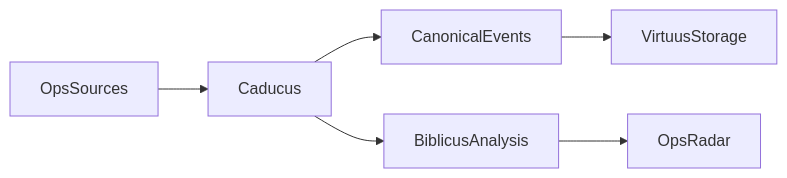
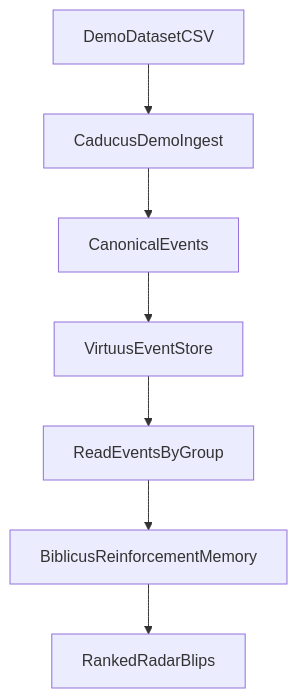
One commit to AnthusAI/Caducus changed the second of 2 diagrams in README.md. Above: the diagram before and after it, drawn with Mermaid. The commit also changed other lines of this file, not shown here.

First line of the commit message:
fix: add conceptual diagram to README

````diff
--- a/README.md
+++ b/README.md
@@ -98,8 +124,9 @@
 ```mermaid
-flowchart LR
-    sources[OpsSources] --> caducus[Caducus]
-    caducus --> events[CanonicalEvents]
-    events --> virtuus[VirtuusStorage]
-    caducus --> biblicus[BiblicusAnalysis]
-    biblicus --> radar[OpsRadar]
+flowchart TD
+    demoFile[DemoDatasetCSV] --> ingest[CaducusDemoIngest]
+    ingest --> normalize[CanonicalEvents]
+    normalize --> store[VirtuusEventStore]
+    store --> readGroup[ReadEventsByGroup]
+    readGroup --> analyze[BiblicusReinforcementMemory]
+    analyze --> blips[RankedRadarBlips]
 ```
````
